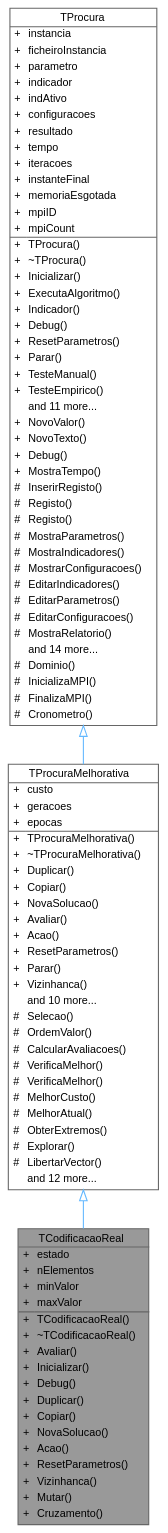
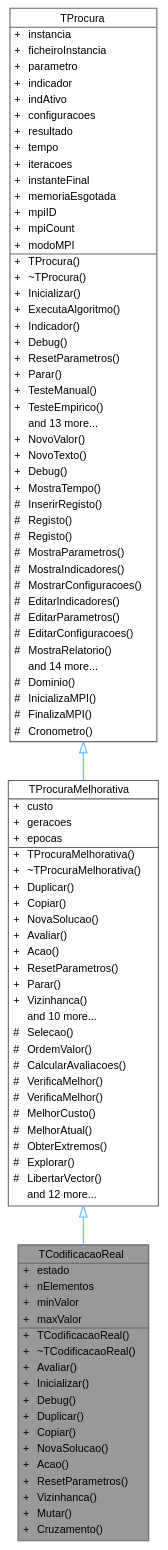
Before and after one commit to jcoelho72/TProcura: the diagram in classTCodificacaoReal__inherit__graph.dot, drawn with Graphviz. The commit also changed 245 other files, not shown here.

```diff
--- a/classTCodificacaoReal__inherit__graph.dot
+++ b/classTCodificacaoReal__inherit__graph.dot
@@ -73,6 +73,7 @@
 <TR><TD VALIGN="top" CELLPADDING="1" CELLSPACING="0">+</TD><TD VALIGN="top" ALIGN="LEFT" CELLPADDING="1" CELLSPACING="0">memoriaEsgotada<BR ALIGN="LEFT"/></TD></TR>
 <TR><TD VALIGN="top" CELLPADDING="1" CELLSPACING="0">+</TD><TD VALIGN="top" ALIGN="LEFT" CELLPADDING="1" CELLSPACING="0">mpiID<BR ALIGN="LEFT"/></TD></TR>
 <TR><TD VALIGN="top" CELLPADDING="1" CELLSPACING="0">+</TD><TD VALIGN="top" ALIGN="LEFT" CELLPADDING="1" CELLSPACING="0">mpiCount<BR ALIGN="LEFT"/></TD></TR>
+<TR><TD VALIGN="top" CELLPADDING="1" CELLSPACING="0">+</TD><TD VALIGN="top" ALIGN="LEFT" CELLPADDING="1" CELLSPACING="0">modoMPI<BR ALIGN="LEFT"/></TD></TR>
 <HR/>
 <TR><TD VALIGN="top" CELLPADDING="1" CELLSPACING="0">+</TD><TD VALIGN="top" ALIGN="LEFT" CELLPADDING="1" CELLSPACING="0">TProcura()<BR ALIGN="LEFT"/></TD></TR>
 <TR><TD VALIGN="top" CELLPADDING="1" CELLSPACING="0">+</TD><TD VALIGN="top" ALIGN="LEFT" CELLPADDING="1" CELLSPACING="0">~TProcura()<BR ALIGN="LEFT"/></TD></TR>
@@ -84,7 +85,7 @@
 <TR><TD VALIGN="top" CELLPADDING="1" CELLSPACING="0">+</TD><TD VALIGN="top" ALIGN="LEFT" CELLPADDING="1" CELLSPACING="0">Parar()<BR ALIGN="LEFT"/></TD></TR>
 <TR><TD VALIGN="top" CELLPADDING="1" CELLSPACING="0">+</TD><TD VALIGN="top" ALIGN="LEFT" CELLPADDING="1" CELLSPACING="0">TesteManual()<BR ALIGN="LEFT"/></TD></TR>
 <TR><TD VALIGN="top" CELLPADDING="1" CELLSPACING="0">+</TD><TD VALIGN="top" ALIGN="LEFT" CELLPADDING="1" CELLSPACING="0">TesteEmpirico()<BR ALIGN="LEFT"/></TD></TR>
-<TR><TD VALIGN="top" CELLPADDING="1" CELLSPACING="0"></TD><TD VALIGN="top" ALIGN="LEFT" CELLPADDING="1" CELLSPACING="0">and 11 more...</TD></TR>
+<TR><TD VALIGN="top" CELLPADDING="1" CELLSPACING="0"></TD><TD VALIGN="top" ALIGN="LEFT" CELLPADDING="1" CELLSPACING="0">and 13 more...</TD></TR>
 <TR><TD VALIGN="top" CELLPADDING="1" CELLSPACING="0">+</TD><TD VALIGN="top" ALIGN="LEFT" CELLPADDING="1" CELLSPACING="0">NovoValor()<BR ALIGN="LEFT"/></TD></TR>
 <TR><TD VALIGN="top" CELLPADDING="1" CELLSPACING="0">+</TD><TD VALIGN="top" ALIGN="LEFT" CELLPADDING="1" CELLSPACING="0">NovoTexto()<BR ALIGN="LEFT"/></TD></TR>
 <TR><TD VALIGN="top" CELLPADDING="1" CELLSPACING="0">+</TD><TD VALIGN="top" ALIGN="LEFT" CELLPADDING="1" CELLSPACING="0">Debug()<BR ALIGN="LEFT"/></TD></TR>
```
